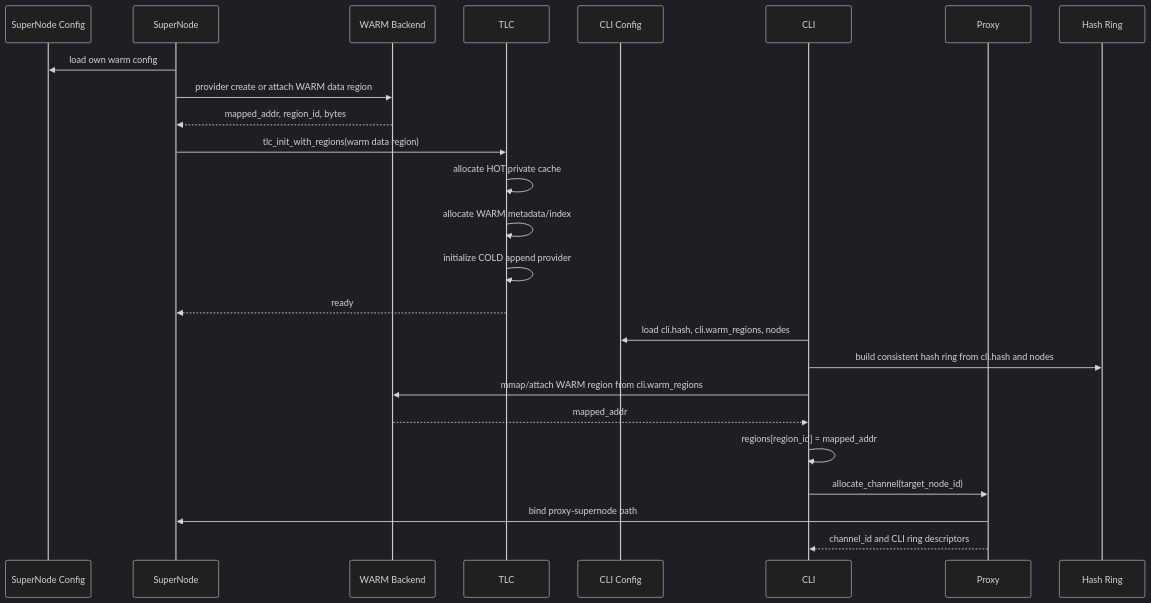
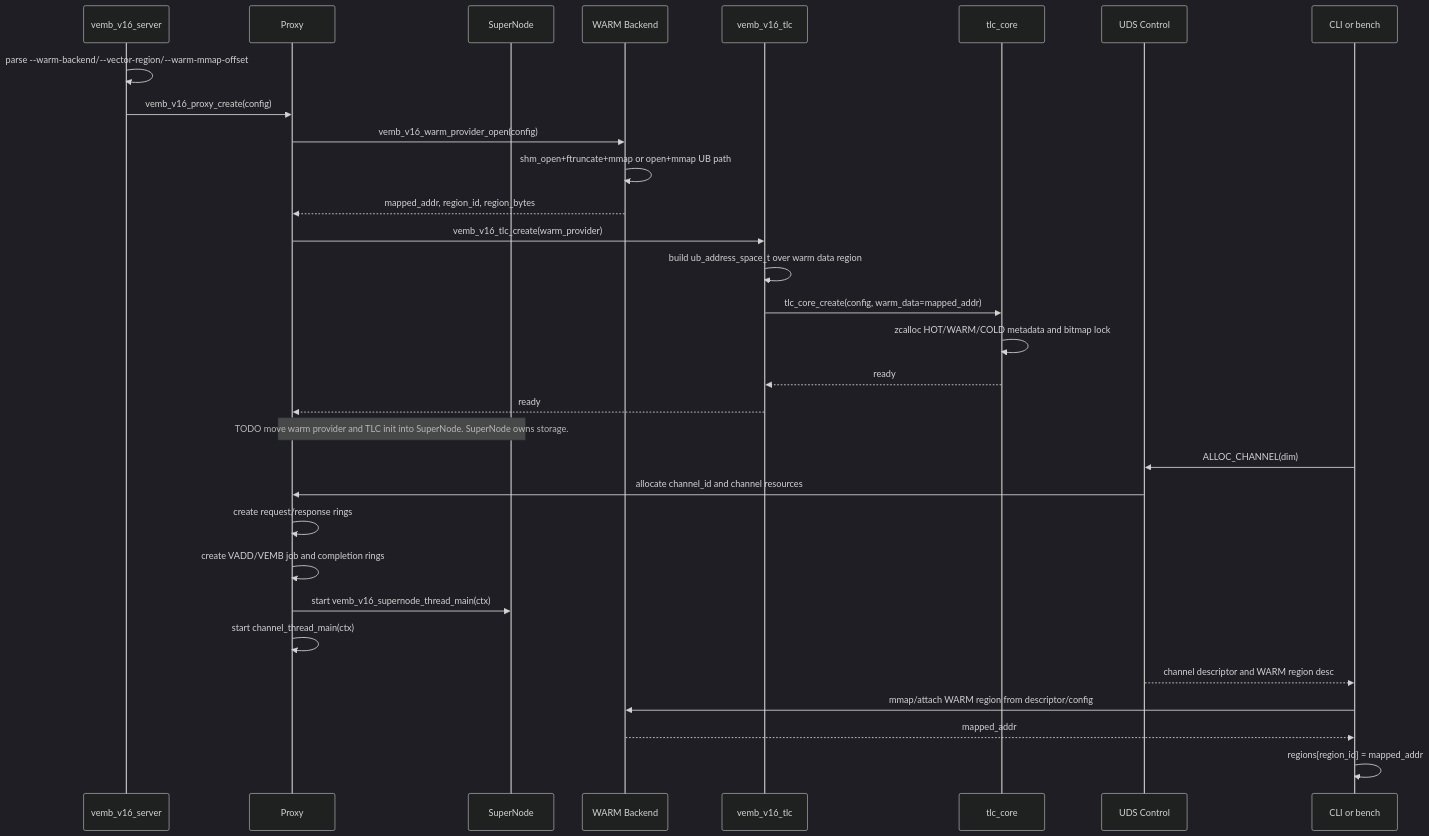
One commit to jialiuyu/redis changed the second of 6 diagrams in docs/VEMB_V16_TLC_UB_SHARED_DATA_MODEL.md. Above: the diagram before and after it, drawn with Mermaid (dark theme). The commit also changed other lines of this file and 21 other files, not shown here.

Commit message:
feat: integrate vemb v16 tlc

````diff
--- a/docs/VEMB_V16_TLC_UB_SHARED_DATA_MODEL.md
+++ b/docs/VEMB_V16_TLC_UB_SHARED_DATA_MODEL.md
@@ -266,29 +302,35 @@
 ```mermaid
 sequenceDiagram
-    participant SCFG as SuperNode Config
+    participant S as vemb_v16_server
+    participant P as Proxy
     participant SN as SuperNode
     participant W as WARM Backend
-    participant TLC as TLC
-    participant CCFG as CLI Config
-    participant CLI as CLI
-    participant P as Proxy
-    participant H as Hash Ring
+    participant TLC as vemb_v16_tlc
+    participant CORE as tlc_core
+    participant CTRL as UDS Control
+    participant CLI as CLI or bench
 
-    SN->>SCFG: load own warm config
-    SN->>W: provider create or attach WARM data region
-    W-->>SN: mapped_addr, region_id, bytes
-    SN->>TLC: tlc_init_with_regions(warm data region)
-    TLC->>TLC: allocate HOT private cache
-    TLC->>TLC: allocate WARM metadata/index
-    TLC->>TLC: initialize COLD append provider
-    TLC-->>SN: ready
+    S->>S: parse --warm-backend/--vector-region/--warm-mmap-offset
+    S->>P: vemb_v16_proxy_create(config)
+    P->>W: vemb_v16_warm_provider_open(config)
+    W->>W: shm_open+ftruncate+mmap or open+mmap UB path
+    W-->>P: mapped_addr, region_id, region_bytes
+    P->>TLC: vemb_v16_tlc_create(warm_provider)
+    TLC->>TLC: build ub_address_space_t over warm data region
+    TLC->>CORE: tlc_core_create(config, warm_data=mapped_addr)
+    CORE->>CORE: zcalloc HOT/WARM/COLD metadata and bitmap lock
+    CORE-->>TLC: ready
+    TLC-->>P: ready
+    Note over P,SN: TODO move warm provider and TLC init into SuperNode. SuperNode owns storage.
 
-    CLI->>CCFG: load cli.hash, cli.warm_regions, nodes
-    CLI->>H: build consistent hash ring from cli.hash and nodes
-    CLI->>W: mmap/attach WARM region from cli.warm_regions
+    CLI->>CTRL: ALLOC_CHANNEL(dim)
+    CTRL->>P: allocate channel_id and channel resources
+    P->>P: create request/response rings
+    P->>P: create VADD/VEMB job and completion rings
+    P->>SN: start vemb_v16_supernode_thread_main(ctx)
+    P->>P: start channel_thread_main(ctx)
+    CTRL-->>CLI: channel descriptor and WARM region desc
+    CLI->>W: mmap/attach WARM region from descriptor/config
     W-->>CLI: mapped_addr
     CLI->>CLI: regions[region_id] = mapped_addr
-    CLI->>P: allocate_channel(target_node_id)
-    P->>SN: bind proxy-supernode path
-    P-->>CLI: channel_id and CLI ring descriptors
 ```
````
